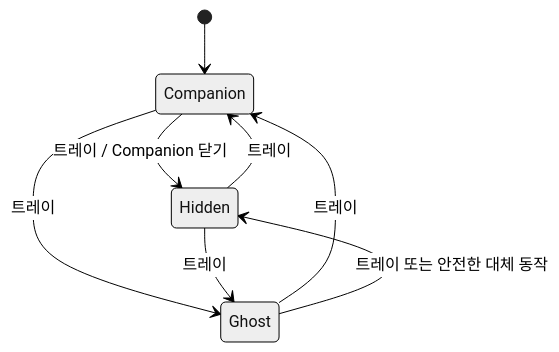
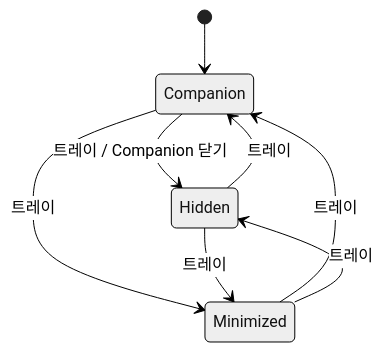
Before and after one commit to Seunghyun0606/desktown: the third of 3 diagrams in docs/design/UX_FLOW.md, drawn with Mermaid (neutral theme). The commit also changed other lines of this file and 29 other files, not shown here.

````diff
--- a/docs/design/UX_FLOW.md
+++ b/docs/design/UX_FLOW.md
@@ -307,10 +310,10 @@
 ```mermaid
 stateDiagram-v2
     [*] --> Companion
     Companion --> Hidden: 트레이 / Companion 닫기
-    Companion --> Ghost: 트레이
+    Companion --> Minimized: 트레이
     Hidden --> Companion: 트레이
-    Hidden --> Ghost: 트레이
-    Ghost --> Companion: 트레이
-    Ghost --> Hidden: 트레이 또는 안전한 대체 동작
+    Hidden --> Minimized: 트레이
+    Minimized --> Companion: 트레이
+    Minimized --> Hidden: 트레이
 ```
````
